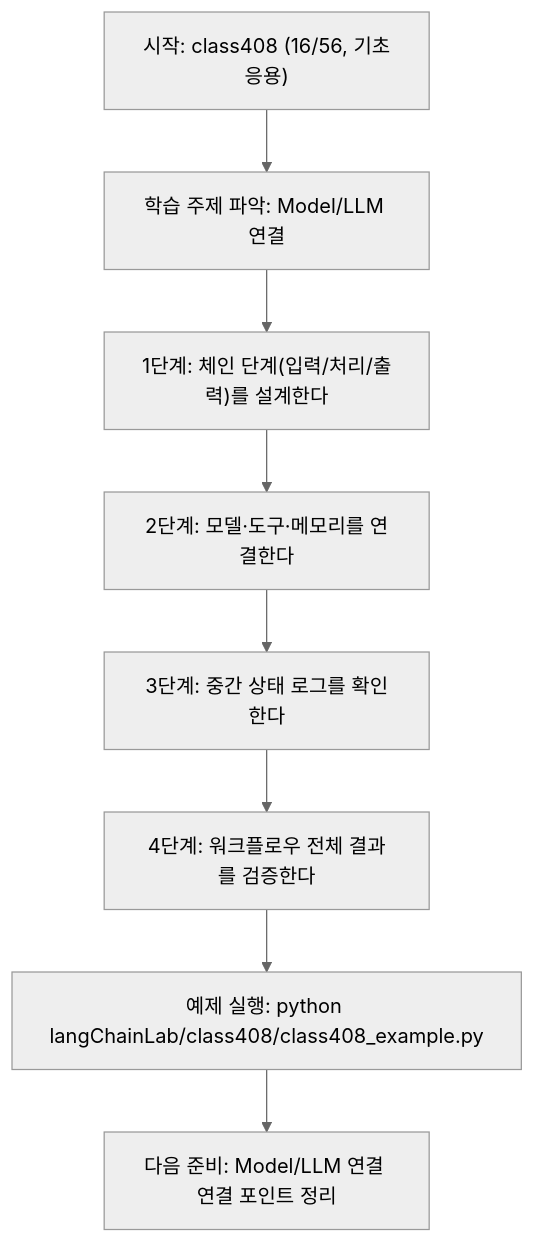
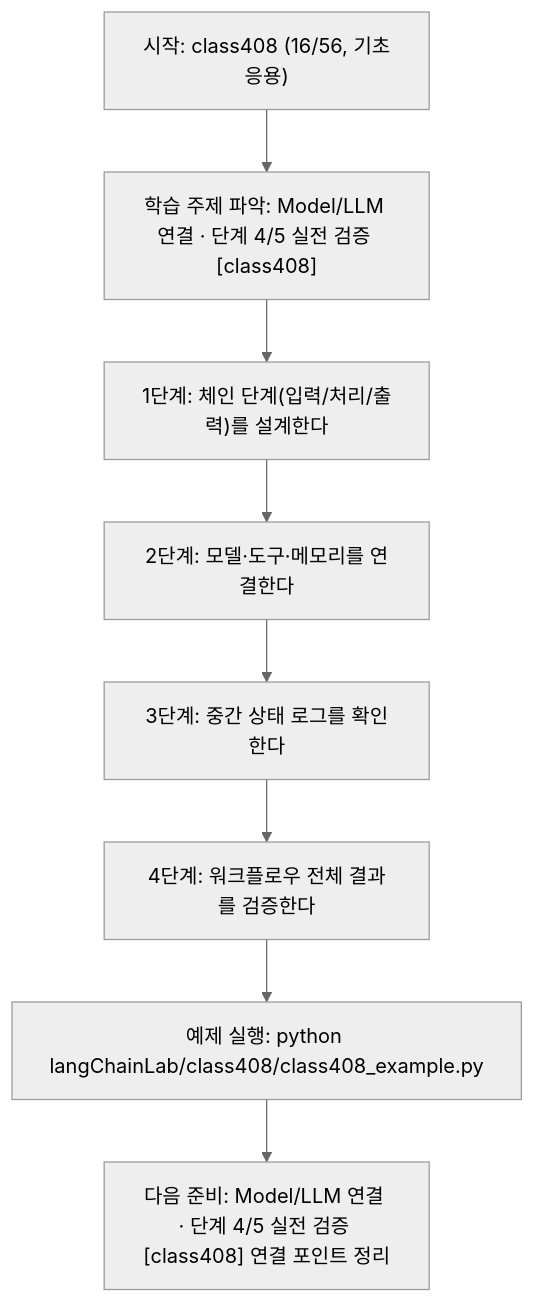
The diagram in langChainLab/class408/class408.md (edumgt/Python-AI_Agent-Class), drawn with Mermaid (neutral theme) before and after one commit. The commit also changed other lines of this file and 522 other files, not shown here.

````diff
--- a/langChainLab/class408/class408.md
+++ b/langChainLab/class408/class408.md
@@ -109,18 +110,18 @@
 ```mermaid
 flowchart TD
 N1["시작: class408 (16/56, 기초응용)"]
-N2["학습 주제 파악: Model/LLM 연결"]
+N2["학습 주제 파악: Model/LLM 연결 · 단계 4/5 실전 검증 [class408]"]
 N3["1단계: 체인 단계(입력/처리/출력)를 설계한다"]
 N4["2단계: 모델·도구·메모리를 연결한다"]
 N5["3단계: 중간 상태 로그를 확인한다"]
 N6["4단계: 워크플로우 전체 결과를 검증한다"]
 N7["예제 실행: python langChainLab/class408/class408_example.py"]
-N8["다음 준비: Model/LLM 연결 연결 포인트 정리"]
+N8["다음 준비: Model/LLM 연결 · 단계 4/5 실전 검증 [class408] 연결 포인트 정리"]
 N1 --> N2
 N2 --> N3
 N3 --> N4
 N4 --> N5
 N5 --> N6
 N6 --> N7
 N7 --> N8
 ```
````
